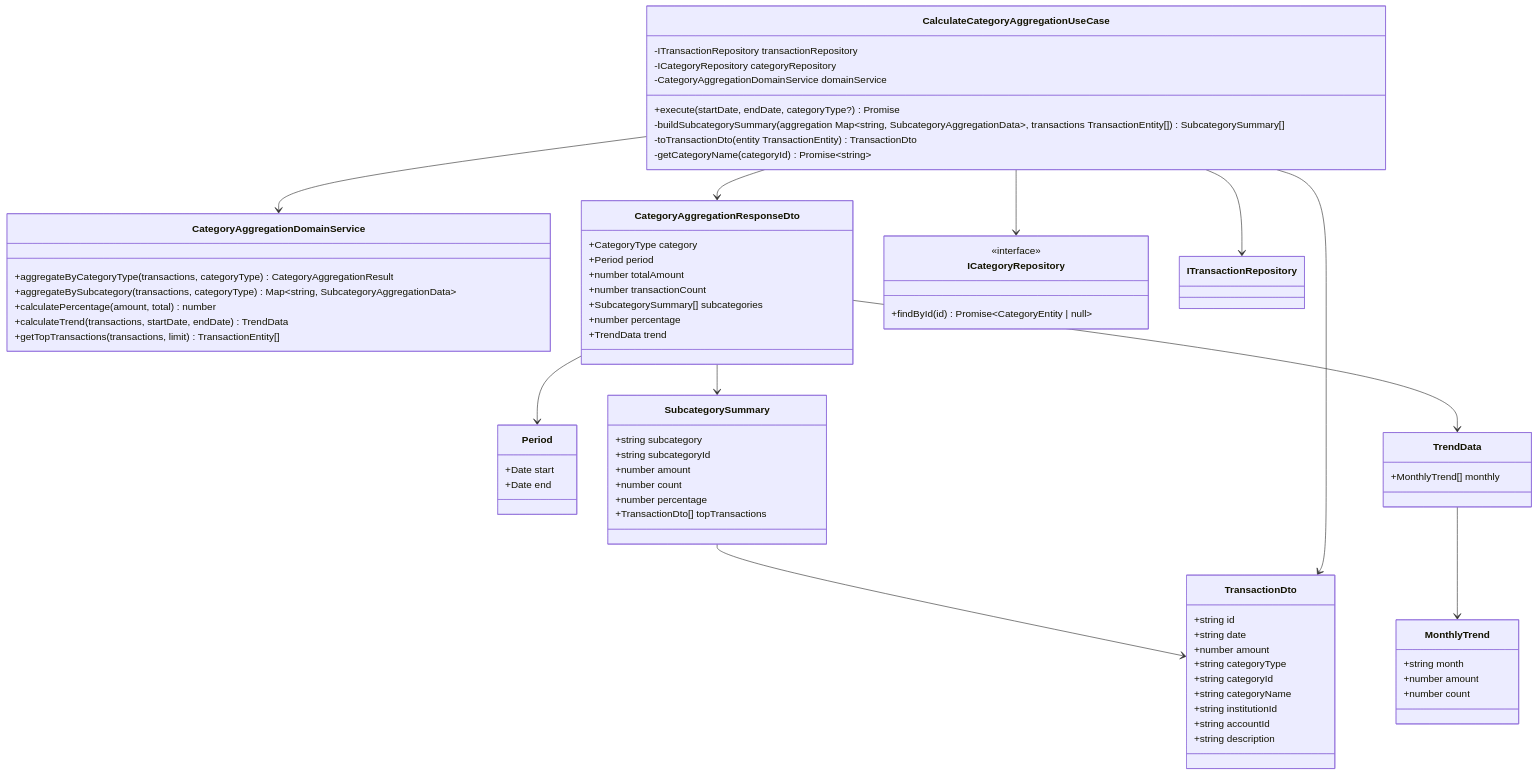
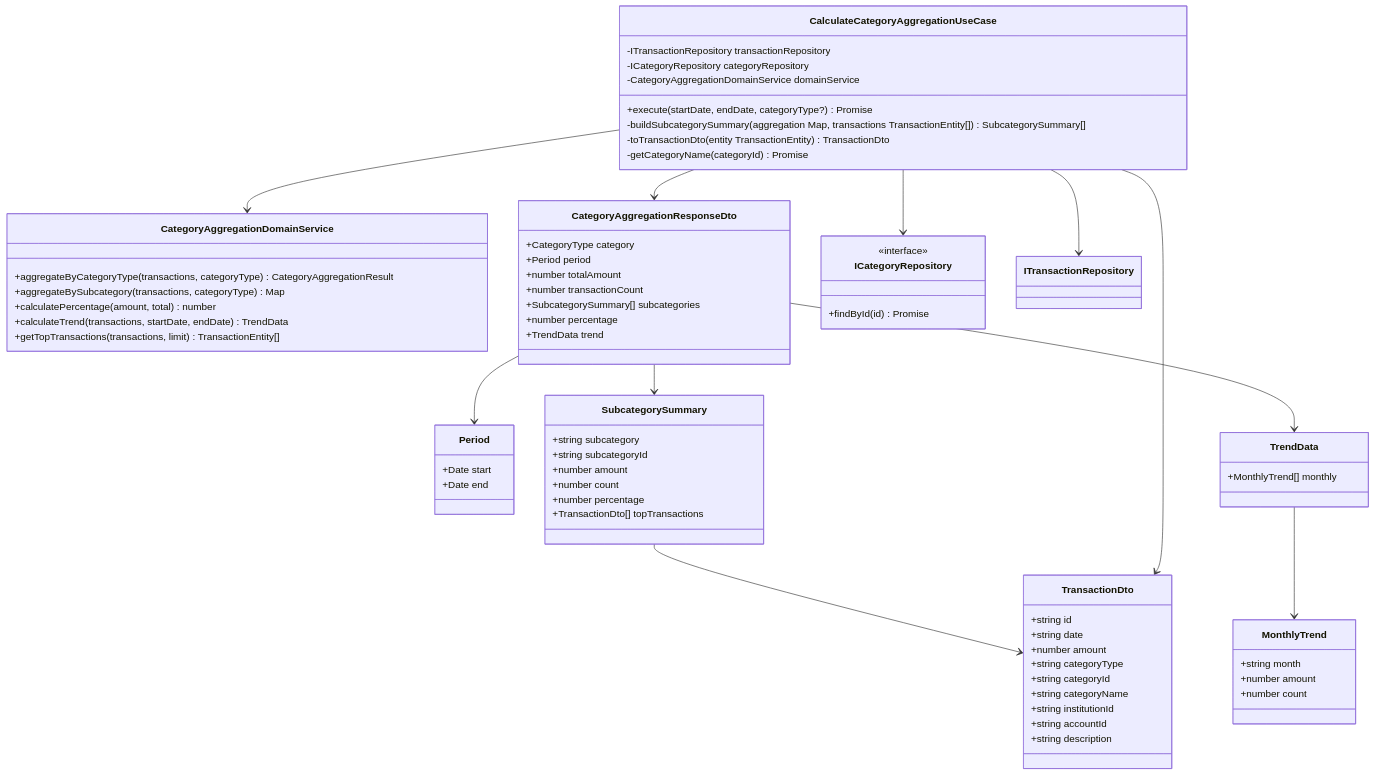
Before and after one commit to kencom2400/account-book: the second of 4 diagrams in docs/detailed-design/FR-018_category-aggregation/class-diagrams.md, drawn with Mermaid. The commit also changed other lines of this file, not shown here.

First line of the commit message:
docs: Gemini指摘対応 - Mermaidクラス図のジェネリクス表記を~から<>に変更

````diff
--- a/docs/detailed-design/FR-018_category-aggregation/class-diagrams.md
+++ b/docs/detailed-design/FR-018_category-aggregation/class-diagrams.md
@@ -139,82 +139,82 @@
 ```mermaid
 classDiagram
     class CalculateCategoryAggregationUseCase {
         -ITransactionRepository transactionRepository
         -ICategoryRepository categoryRepository
         -CategoryAggregationDomainService domainService
         +execute(startDate, endDate, categoryType?) Promise<CategoryAggregationResponseDto | CategoryAggregationResponseDto[]>
-        -buildSubcategorySummary(aggregation Map~string, SubcategoryAggregationData~, transactions TransactionEntity[]) SubcategorySummary[]
+        -buildSubcategorySummary(aggregation Map<string, SubcategoryAggregationData>, transactions TransactionEntity[]) SubcategorySummary[]
         -toTransactionDto(entity TransactionEntity) TransactionDto
-        -getCategoryName(categoryId) Promise~string~
+        -getCategoryName(categoryId) Promise<string>
     }
 
     class CategoryAggregationDomainService {
         +aggregateByCategoryType(transactions, categoryType) CategoryAggregationResult
-        +aggregateBySubcategory(transactions, categoryType) Map~string, SubcategoryAggregationData~
+        +aggregateBySubcategory(transactions, categoryType) Map<string, SubcategoryAggregationData>
         +calculatePercentage(amount, total) number
         +calculateTrend(transactions, startDate, endDate) TrendData
         +getTopTransactions(transactions, limit) TransactionEntity[]
     }
 
     class CategoryAggregationResponseDto {
         +CategoryType category
         +Period period
         +number totalAmount
         +number transactionCount
         +SubcategorySummary[] subcategories
         +number percentage
         +TrendData trend
     }
 
     class Period {
         +Date start
         +Date end
     }
 
     class SubcategorySummary {
         +string subcategory
         +string subcategoryId
         +number amount
         +number count
         +number percentage
         +TransactionDto[] topTransactions
     }
 
     class TransactionDto {
         +string id
         +string date
         +number amount
         +string categoryType
         +string categoryId
         +string categoryName
         +string institutionId
         +string accountId
         +string description
     }
 
     class TrendData {
         +MonthlyTrend[] monthly
     }
 
     class MonthlyTrend {
         +string month
         +number amount
         +number count
     }
 
     class ICategoryRepository {
         <<interface>>
-        +findById(id) Promise~CategoryEntity | null~
+        +findById(id) Promise<CategoryEntity | null>
     }
 
     CalculateCategoryAggregationUseCase --> ITransactionRepository
     CalculateCategoryAggregationUseCase --> ICategoryRepository
     CalculateCategoryAggregationUseCase --> CategoryAggregationDomainService
     CalculateCategoryAggregationUseCase --> CategoryAggregationResponseDto
     CategoryAggregationResponseDto --> Period
     CategoryAggregationResponseDto --> SubcategorySummary
     CategoryAggregationResponseDto --> TrendData
     SubcategorySummary --> TransactionDto
     TrendData --> MonthlyTrend
     CalculateCategoryAggregationUseCase --> TransactionDto
 ```
````
